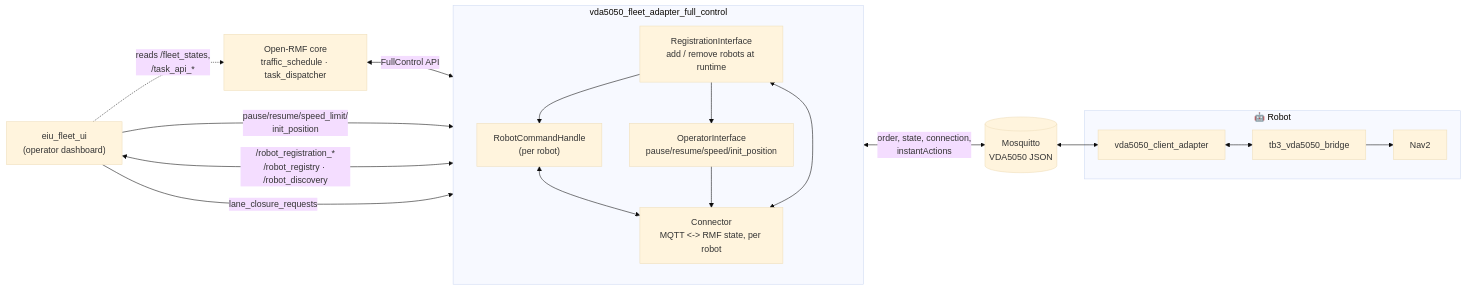
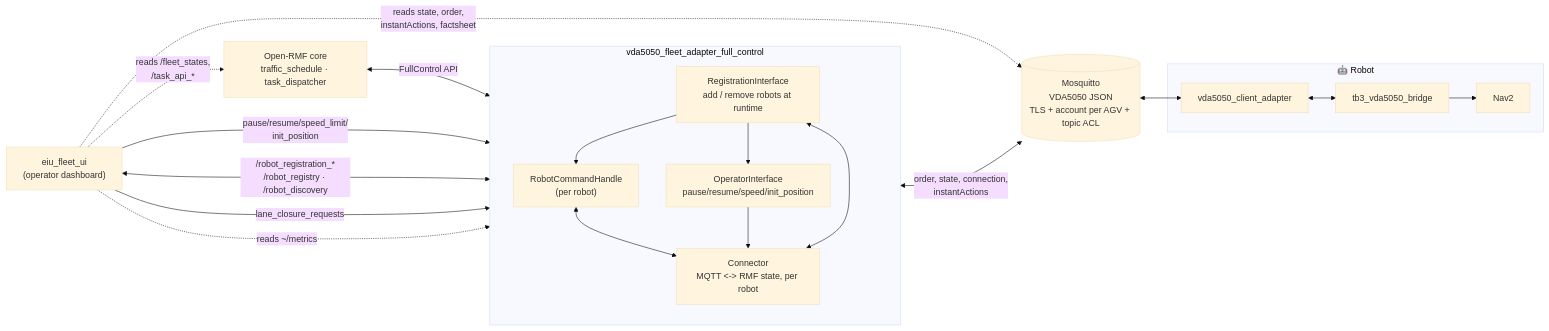
Before and after one commit to NhatTran-97/eiu-vda5050-support-open-rmf: the first of 13 diagrams in vda5050_fleet_adapter_full_control/docs/architecture.md, drawn with Mermaid (base theme). The commit also changed other lines of this file and 62 other files, not shown here.

Commit message:
vda5050_fleet_adapter_full_control: P0/P1 review fixes, AGV error issues, docs rewrite

````diff
--- a/vda5050_fleet_adapter_full_control/docs/architecture.md
+++ b/vda5050_fleet_adapter_full_control/docs/architecture.md
@@ -12,35 +22,37 @@
 ```mermaid
 flowchart LR
     RMF["Open-RMF core\ntraffic_schedule · task_dispatcher"]
 
     subgraph FA ["vda5050_fleet_adapter_full_control"]
         direction TB
         RCH["RobotCommandHandle\n(per robot)"]
         CN["Connector\nMQTT <-> RMF state, per robot"]
         OI["OperatorInterface\npause/resume/speed/init_position"]
         RG["RegistrationInterface\nadd / remove robots at runtime"]
         RCH <--> CN
         OI --> CN
         RG --> RCH & OI
         RG <--> CN
     end
 
-    MQ[("Mosquitto\nVDA5050 JSON")]
+    MQ[("Mosquitto\nVDA5050 JSON\nTLS + account per AGV + topic ACL")]
     UI["eiu_fleet_ui\n(operator dashboard)"]
 
     subgraph ROBOT ["🤖 Robot"]
         CA["vda5050_client_adapter"]
         BR["tb3_vda5050_bridge"]
         N2["Nav2"]
         CA <--> BR
         BR --> N2
     end
 
     RMF <-->|FullControl API| RCH
     CN <-->|order, state, connection,\ninstantActions| MQ
     MQ <--> CA
     UI -->|pause/resume/speed_limit/\ninit_position| OI
     UI -->|lane_closure_requests| FA
     UI <-->|/robot_registration_*\n/robot_registry · /robot_discovery| RG
     UI -.->|reads /fleet_states,\n/task_api_*| RMF
+    UI -.->|reads state, order,\ninstantActions, factsheet| MQ
+    UI -.->|reads ~/metrics| FA
 ```
````
